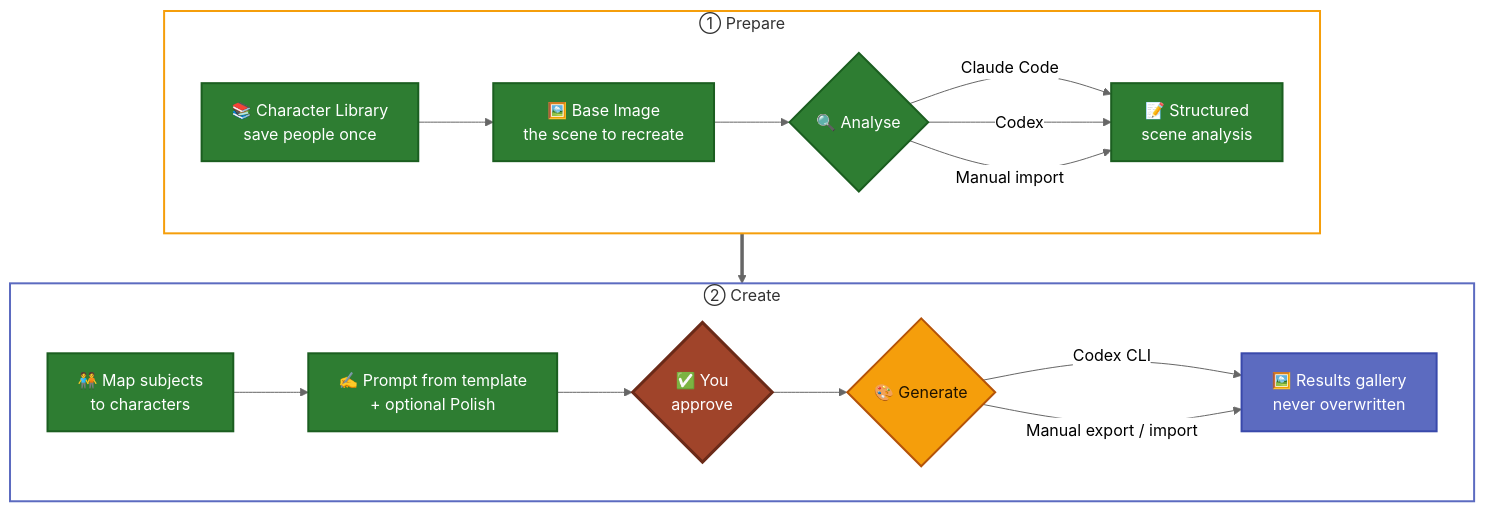
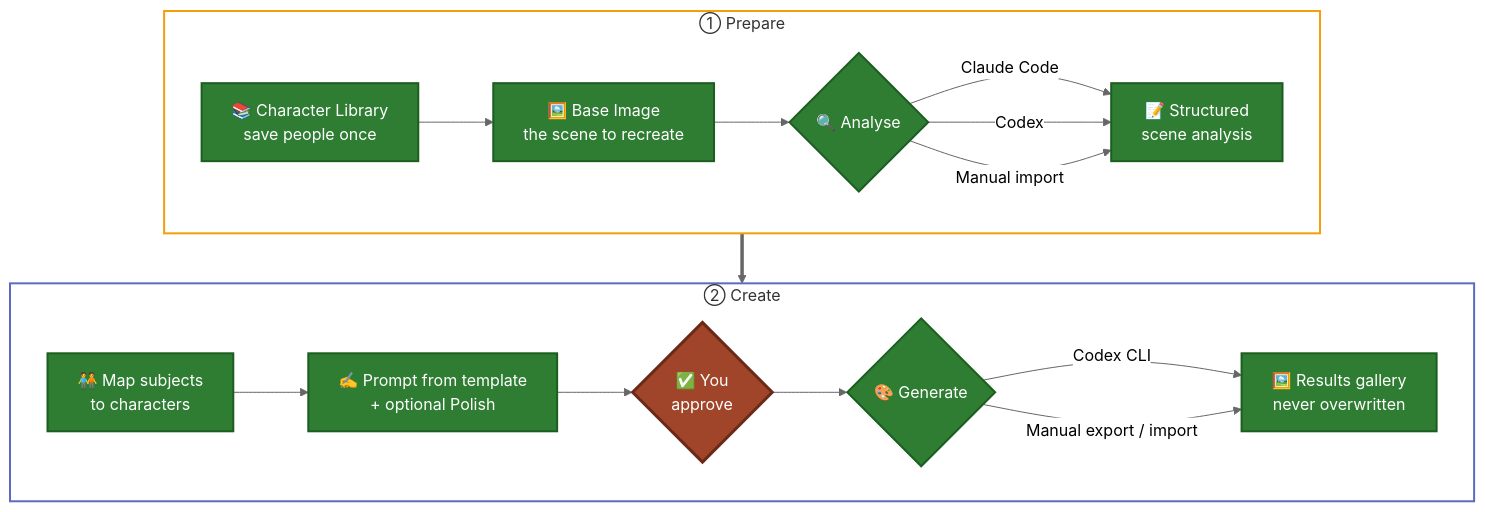
Before and after one commit to CyberSecurityChuck/Character-Studio: the first of 3 diagrams in README.md, drawn with Mermaid (neutral theme). The commit also changed other lines of this file and 28 other files, not shown here.

````diff
--- a/README.md
+++ b/README.md
@@ -62,27 +62,27 @@
 ```mermaid
 flowchart TB
     subgraph PREP["① Prepare"]
         direction LR
         A["📚 Character Library<br/>save people once"]:::done --> B["🖼️ Base Image<br/>the scene to recreate"]:::done
         B --> C{"🔍 Analyse"}:::done
         C -->|Claude Code| D["📝 Structured<br/>scene analysis"]:::done
         C -->|Codex| D
         C -->|Manual import| D
     end
     subgraph CREATE["② Create"]
         direction LR
         E["🧑‍🤝‍🧑 Map subjects<br/>to characters"]:::done --> F["✍️ Prompt from template<br/>+ optional Polish"]:::done
         F --> G{"✅ You<br/>approve"}:::approve
-        G --> H{"🎨 Generate"}:::next
-        H -->|Codex CLI| I["🖼️ Results gallery<br/>never overwritten"]:::planned
+        G --> H{"🎨 Generate"}:::done
+        H -->|Codex CLI| I["🖼️ Results gallery<br/>never overwritten"]:::done
         H -->|Manual export / import| I
     end
     PREP ==> CREATE
     style PREP fill:transparent,stroke:#F59E0B,stroke-width:2px
     style CREATE fill:transparent,stroke:#5C6BC0,stroke-width:2px
 
     classDef done fill:#2E7D32,stroke:#1B5E20,color:#ffffff,stroke-width:2px
     classDef next fill:#F59E0B,stroke:#B45309,color:#1F1300,stroke-width:2px
     classDef planned fill:#5C6BC0,stroke:#3949AB,color:#ffffff,stroke-width:2px
     classDef approve fill:#A0442A,stroke:#6B2A18,color:#ffffff,stroke-width:3px
 ```
````
